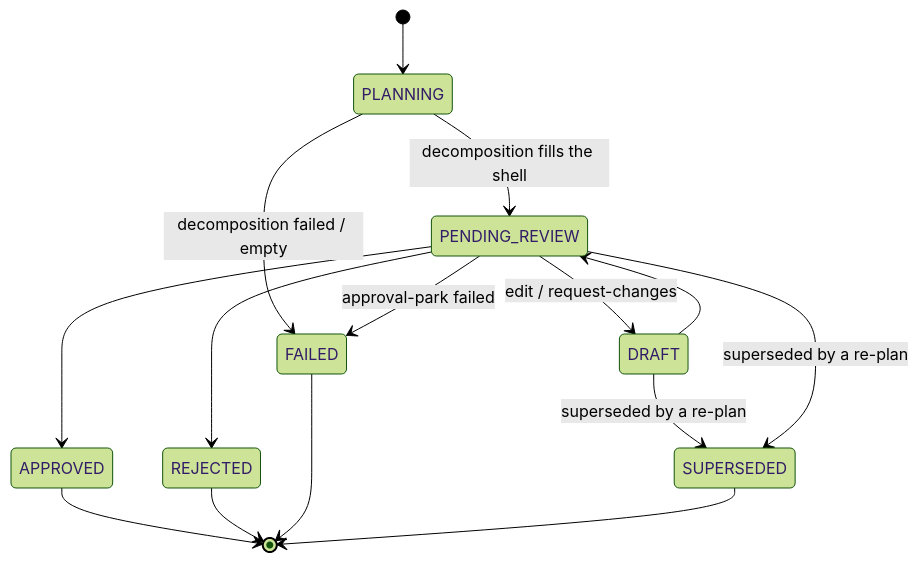
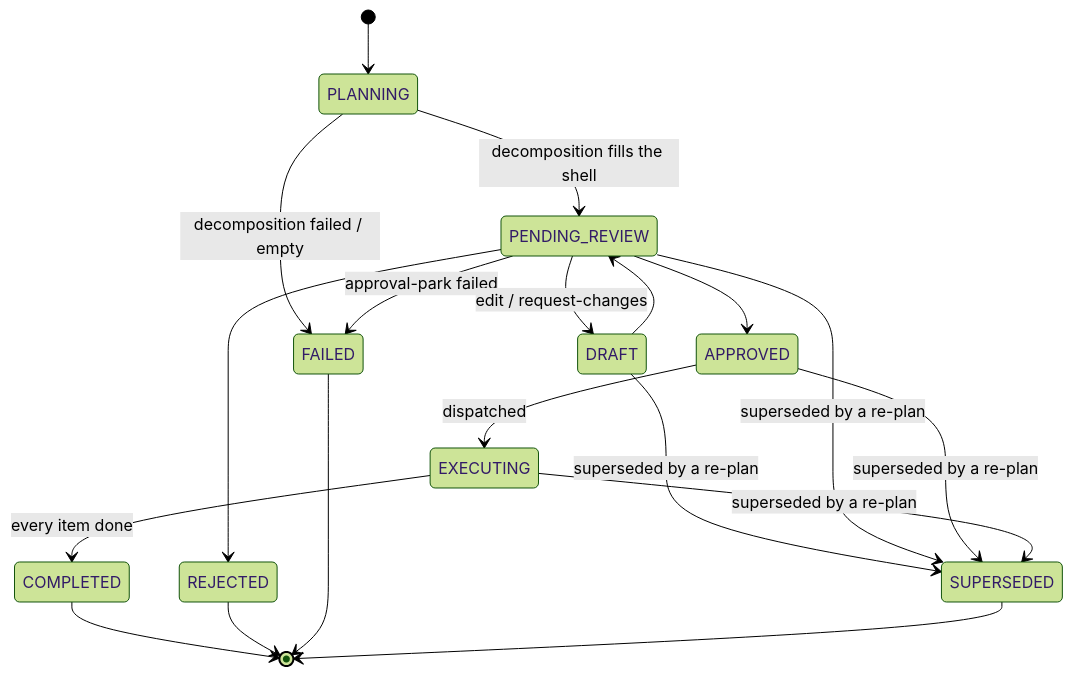
Before and after one commit to Aureliolo/synthorg: the diagram in docs/design/plan-review.md, drawn with Mermaid (forest theme). The commit also changed other lines of this file and 117 other files, not shown here.

First line of the commit message:
Make a greenlit initiative one connected, status-rolling graph (#2610)

````diff
--- a/docs/design/plan-review.md
+++ b/docs/design/plan-review.md
@@ -77,17 +77,21 @@
 ```mermaid
 stateDiagram-v2
     [*] --> PLANNING
     PLANNING --> PENDING_REVIEW: decomposition fills the shell
     PLANNING --> FAILED: decomposition failed / empty
     DRAFT --> PENDING_REVIEW
     PENDING_REVIEW --> APPROVED
     PENDING_REVIEW --> REJECTED
     PENDING_REVIEW --> FAILED: approval-park failed
     PENDING_REVIEW --> DRAFT: edit / request-changes
     DRAFT --> SUPERSEDED: superseded by a re-plan
     PENDING_REVIEW --> SUPERSEDED: superseded by a re-plan
-    APPROVED --> [*]
+    APPROVED --> EXECUTING: dispatched
+    APPROVED --> SUPERSEDED: superseded by a re-plan
+    EXECUTING --> COMPLETED: every item done
+    EXECUTING --> SUPERSEDED: superseded by a re-plan
+    COMPLETED --> [*]
     REJECTED --> [*]
     FAILED --> [*]
     SUPERSEDED --> [*]
 ```
````
